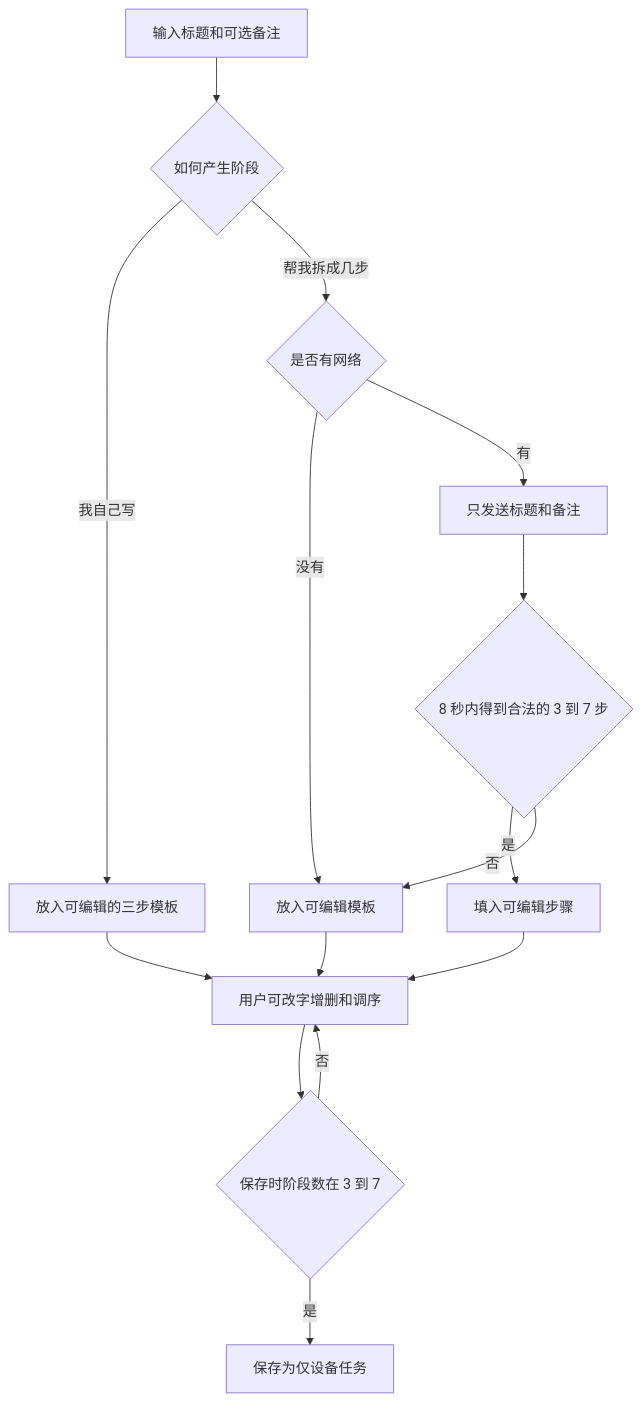
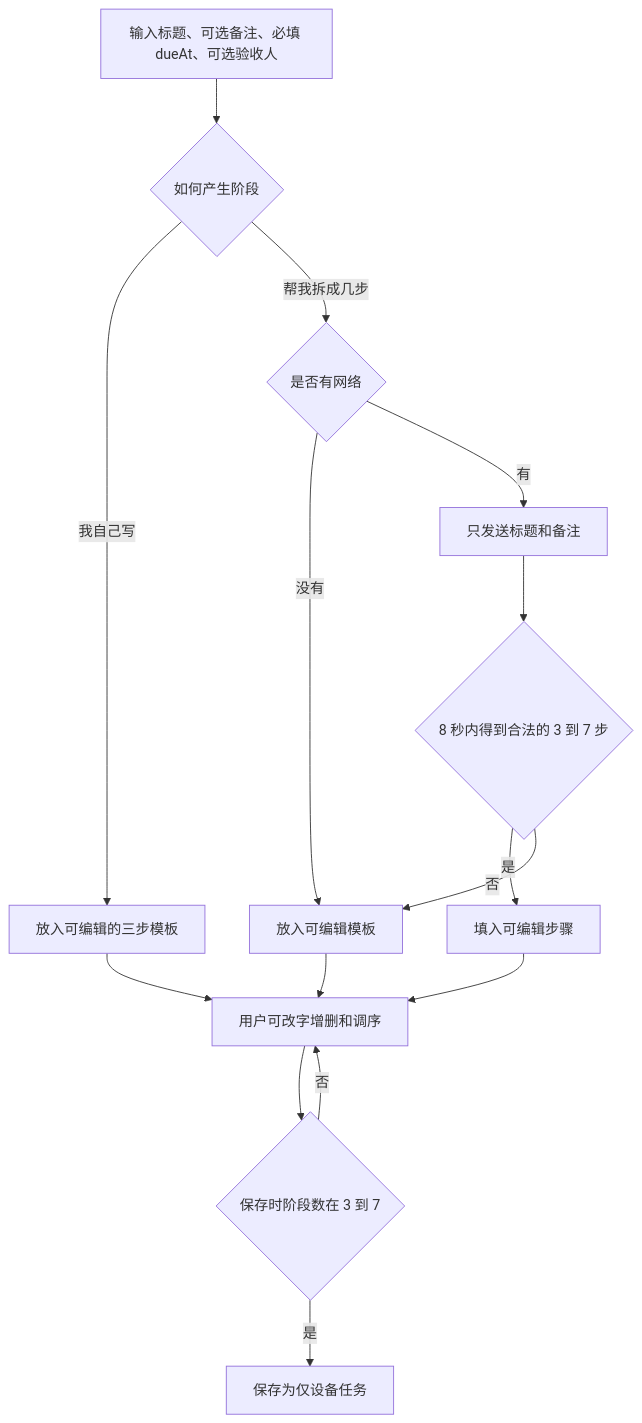
Before and after one commit to vincent-codeworld/duibu-adhd-prd: the first of 7 diagrams in docs/PRD.md, drawn with Mermaid. The commit also changed other lines of this file and 93 other files, not shown here.

````diff
--- a/docs/PRD.md
+++ b/docs/PRD.md
@@ -662,17 +720,17 @@
 ```mermaid
 flowchart TD
-  A[输入标题和可选备注] --> B{如何产生阶段}
+  A[输入标题、可选备注、必填 dueAt、可选验收人] --> B{如何产生阶段}
   B -->|我自己写| C[放入可编辑的三步模板]
   B -->|帮我拆成几步| D{是否有网络}
   D -->|没有| T[放入可编辑模板]
   D -->|有| E[只发送标题和备注]
   E --> F{8 秒内得到合法的 3 到 7 步}
   F -->|是| G[填入可编辑步骤]
   F -->|否| T
   G --> H[用户可改字增删和调序]
   C --> H
   T --> H
   H --> I{保存时阶段数在 3 到 7}
   I -->|是| J[保存为仅设备任务]
   I -->|否| H
 ```
````
